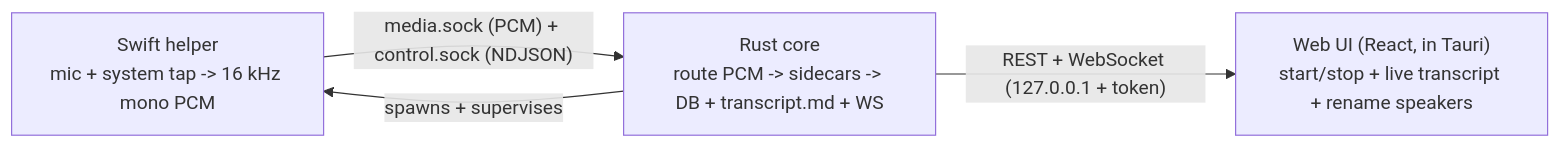
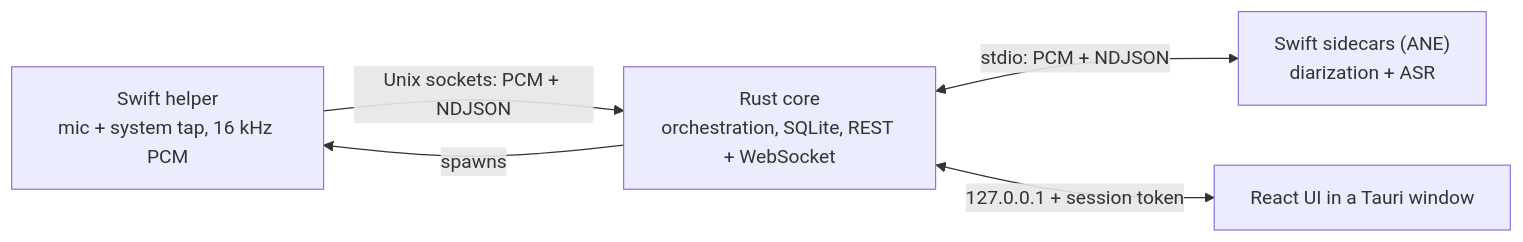
Before and after one commit to rwiseman87/hearsay: the diagram in README.md, drawn with Mermaid. The commit also changed other lines of this file and 17 other files, not shown here.

First line of the commit message:
docs: rewrite documentation for current state; add architecture.md

````diff
--- a/README.md
+++ b/README.md
@@ -29,9 +13,12 @@
 ```mermaid
 flowchart LR
-  Helper["Swift helper\nmic + system tap -> 16 kHz mono PCM"]
-  Core["Rust core\nroute PCM -> sidecars -> DB + transcript.md + WS"]
-  UI["Web UI (React, in Tauri)\nstart/stop + live transcript + rename speakers"]
-  Core -- "spawns + supervises" --> Helper
-  Helper -- "media.sock (PCM) + control.sock (NDJSON)" --> Core
-  Core -- "REST + WebSocket (127.0.0.1 + token)" --> UI
+    Helper["Swift helper<br/>mic + system tap, 16 kHz PCM"]
+    Sidecars["Swift sidecars (ANE)<br/>diarization + ASR"]
+    Core["Rust core<br/>orchestration, SQLite, REST + WebSocket"]
+    UI["React UI in a Tauri window"]
+
+    Core -->|"spawns"| Helper
+    Helper -->|"Unix sockets: PCM + NDJSON"| Core
+    Core <-->|"stdio: PCM + NDJSON"| Sidecars
+    Core <-->|"127.0.0.1 + session token"| UI
 ```
````
